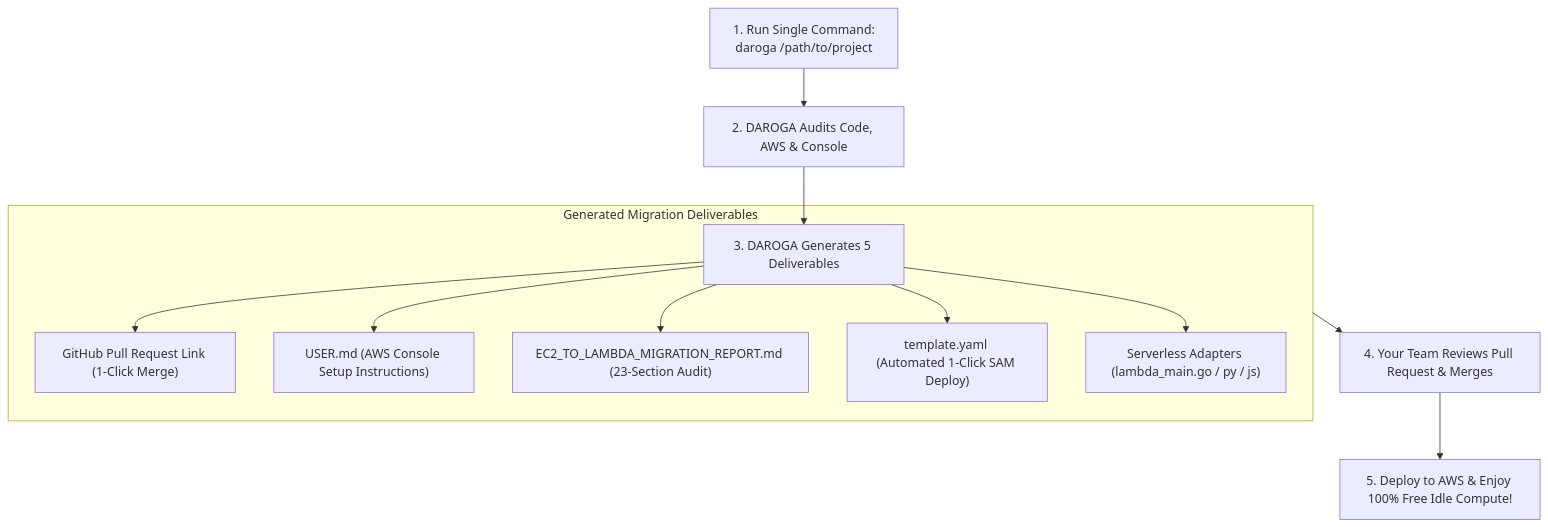
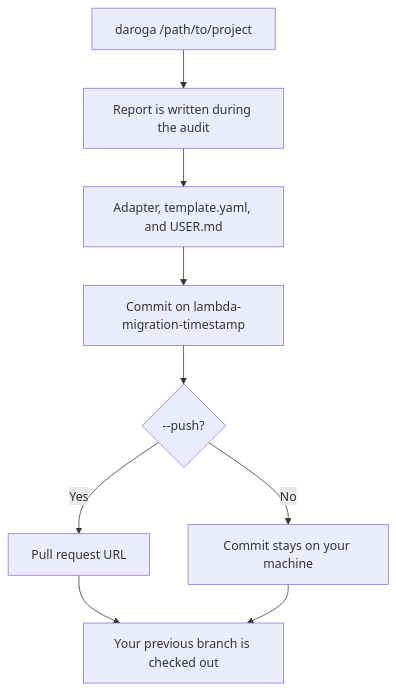
Before and after one commit to dhawalshankar/daroga: the third of 3 diagrams in docs/customer.md, drawn with Mermaid. The commit also changed other lines of this file and 6 other files, not shown here.

Commit message:
docs: update architecture and CLI reference for clarity and consistency, enhance PRD with detailed scope and migration process

````diff
--- a/docs/customer.md
+++ b/docs/customer.md
@@ -273,16 +196,11 @@
 ```mermaid
 flowchart TD
-    Run["1. Run Single Command:<br/>daroga /path/to/project"] --> Inspect["2. DAROGA Audits Code, AWS & Console"]
-    Inspect --> Gen["3. DAROGA Generates 5 Deliverables"]
-    
-    subgraph Deliverables ["Generated Migration Deliverables"]
-        Gen --> D1["GitHub Pull Request Link (1-Click Merge)"]
-        Gen --> D2["USER.md (AWS Console Setup Instructions)"]
-        Gen --> D3["EC2_TO_LAMBDA_MIGRATION_REPORT.md (23-Section Audit)"]
-        Gen --> D4["template.yaml (Automated 1-Click SAM Deploy)"]
-        Gen --> D5["Serverless Adapters (lambda_main.go / py / js)"]
-    end
-
-    Deliverables --> Review["4. Your Team Reviews Pull Request & Merges"]
-    Review --> Live["5. Deploy to AWS & Enjoy 100% Free Idle Compute!"]
+    Run["daroga /path/to/project"] --> Audit["Report is written during the audit"]
+    Audit --> Gen["Adapter, template.yaml, and USER.md"]
+    Gen --> Branch["Commit on lambda-migration-timestamp"]
+    Branch --> You{"--push?"}
+    You -- "Yes" --> PR["Pull request URL"]
+    You -- "No" --> Local["Commit stays on your machine"]
+    PR --> Back["Your previous branch is checked out"]
+    Local --> Back
 ```
````
